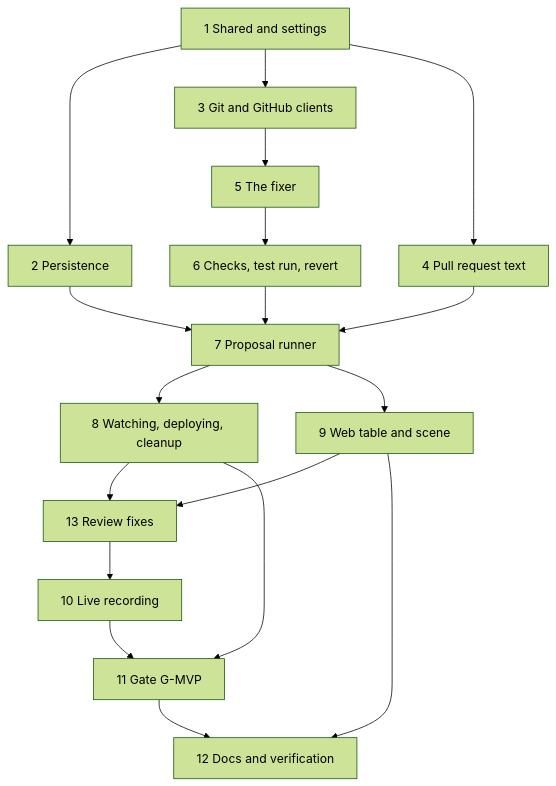
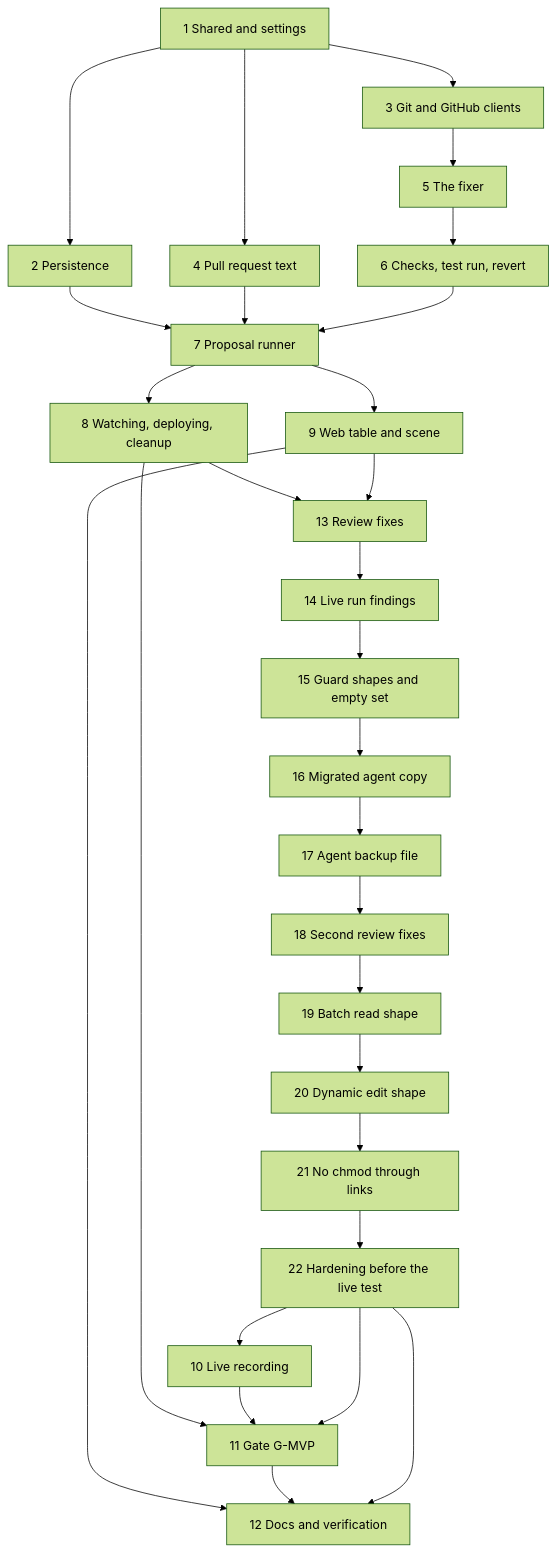
The diagram in .kiro/specs/fix-proposal-flow/tasks.md (Akar-Samudra-Artifisial/Haunted-Ops), drawn with Mermaid (forest theme) before and after one commit. The commit also changed other lines of this file and 104 other files, not shown here.

First line of the commit message:
feat(fix): harden fixer guard and live path for kiro-cli 3.3.0

````diff
--- a/.kiro/specs/fix-proposal-flow/tasks.md
+++ b/.kiro/specs/fix-proposal-flow/tasks.md
@@ -194,20 +307,31 @@
 ```mermaid
 graph TD
   T1[1 Shared and settings] --> T2[2 Persistence]
   T1 --> T3[3 Git and GitHub clients]
   T1 --> T4[4 Pull request text]
   T3 --> T5[5 The fixer]
   T5 --> T6[6 Checks, test run, revert]
   T2 --> T7[7 Proposal runner]
   T4 --> T7
   T6 --> T7
   T7 --> T8[8 Watching, deploying, cleanup]
   T7 --> T9[9 Web table and scene]
   T8 --> T13[13 Review fixes]
   T9 --> T13
-  T13 --> T10[10 Live recording]
+  T13 --> T14[14 Live run findings]
+  T14 --> T15[15 Guard shapes and empty set]
+  T15 --> T16[16 Migrated agent copy]
+  T16 --> T17[17 Agent backup file]
+  T17 --> T18[18 Second review fixes]
+  T18 --> T19[19 Batch read shape]
+  T19 --> T20[20 Dynamic edit shape]
+  T20 --> T21[21 No chmod through links]
+  T21 --> T22[22 Hardening before the live test]
+  T22 --> T10[10 Live recording]
   T8 --> T11[11 Gate G-MVP]
   T10 --> T11
+  T22 --> T11
   T9 --> T12[12 Docs and verification]
   T11 --> T12
+  T22 --> T12
 ```
````
